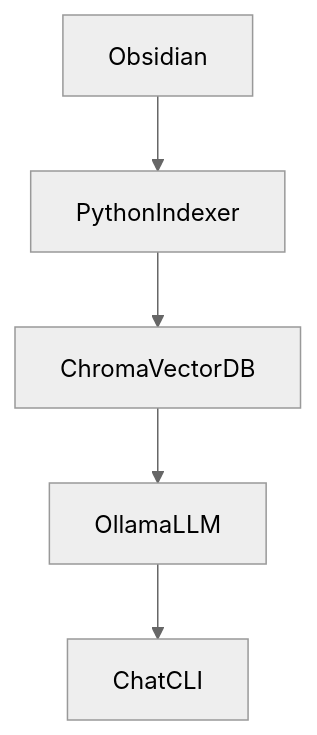
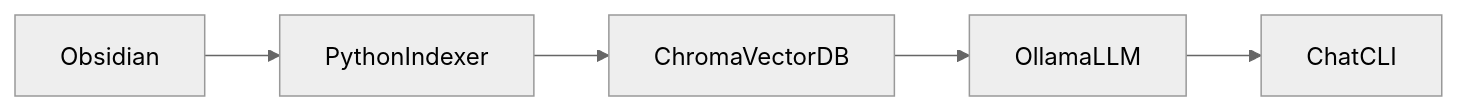
One commit to frankshwb/secondBrain changed the first of 2 diagrams in README.md. Above: the diagram before and after it, drawn with Mermaid (neutral theme). The commit also changed other lines of this file, not shown here.

````diff
--- a/README.md
+++ b/README.md
@@ -23,7 +23,7 @@
 ```mermaid
-flowchart TD
+graph LR
     Obsidian --> PythonIndexer
     PythonIndexer --> ChromaVectorDB
     ChromaVectorDB --> OllamaLLM
     OllamaLLM --> ChatCLI
 ```
````
